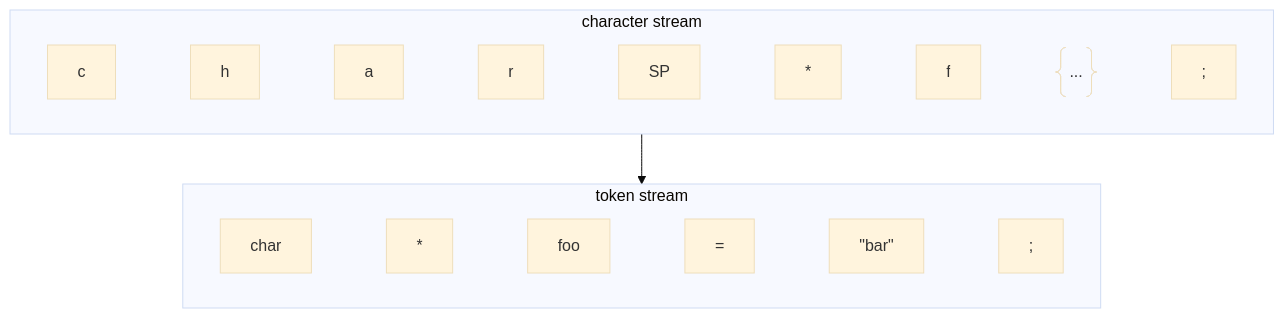
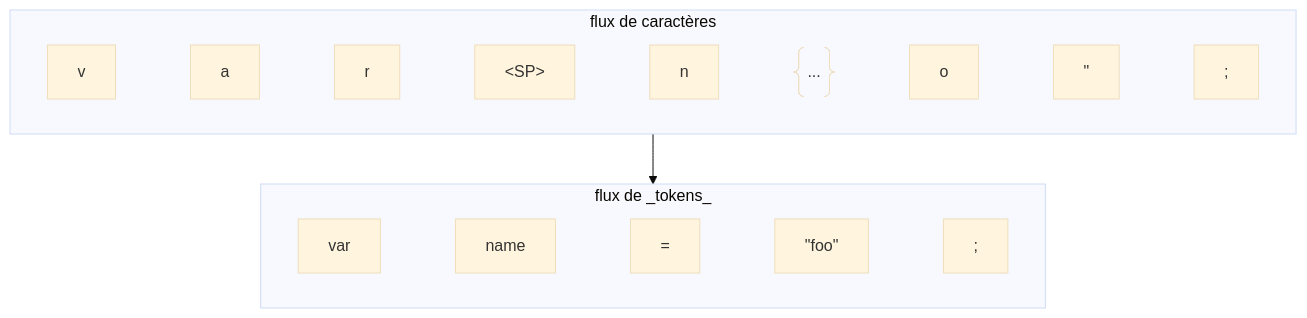
The fourth of 11 diagrams in slides.md (Pvlerick/DevDay2025), drawn with Mermaid (base theme) before and after one commit. The commit also changed other lines of this file and 6 other files, not shown here.

````diff
--- a/slides.md
+++ b/slides.md
@@ -122,10 +131,10 @@
 ```mermaid
 flowchart TB
-    subgraph char_stream [character stream]
-    c~~~h~~~a~~~r~~~sp1["SP"]~~~star1[#42;]~~~f~~~etc@{ shape: braces, label: "..." }~~~sc1["#59;"]
+    subgraph char_stream [flux de caractères]
+    v~~~a~~~r~~~sp1["#60;SP#62;"]~~~n~~~etc@{ shape: braces, label: "..." }~~~o~~~qt["#34;"]~~~sc1["#59;"]
     end
-    subgraph token_stream [token stream]
-    char~~~star2[#42;]~~~foo~~~eq2["#61;"]~~~str["#34;bar#34;"]~~~sc2["#59;"]
+    subgraph token_stream [flux de _tokens_]
+    var~~~name~~~eq["#61;"]~~~str["#34;foo#34;"]~~~sc2["#59;"]
     end
     char_stream --> token_stream
 ```
````
